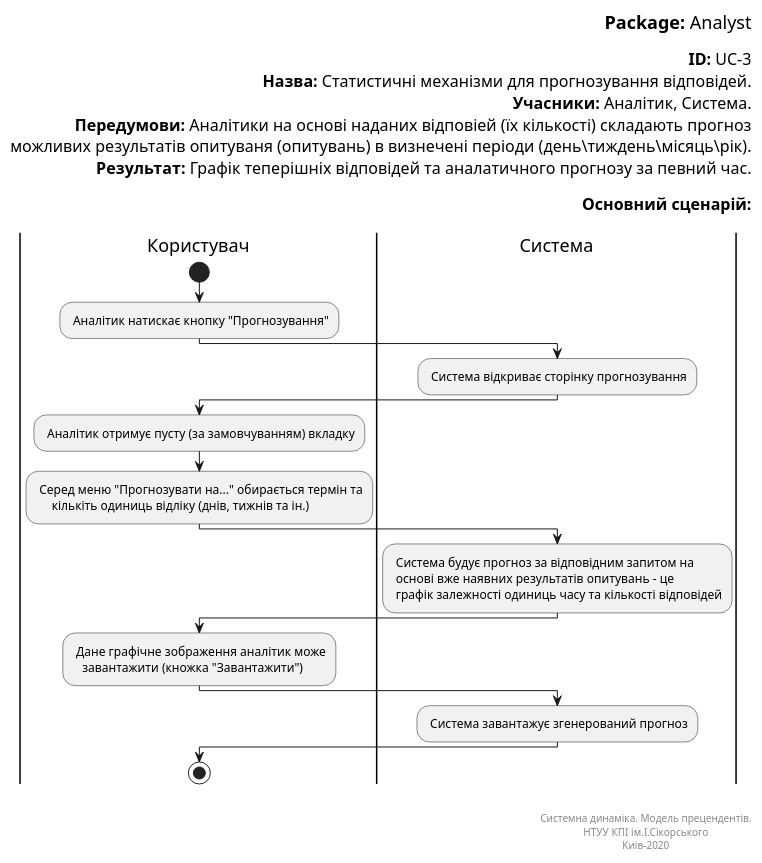
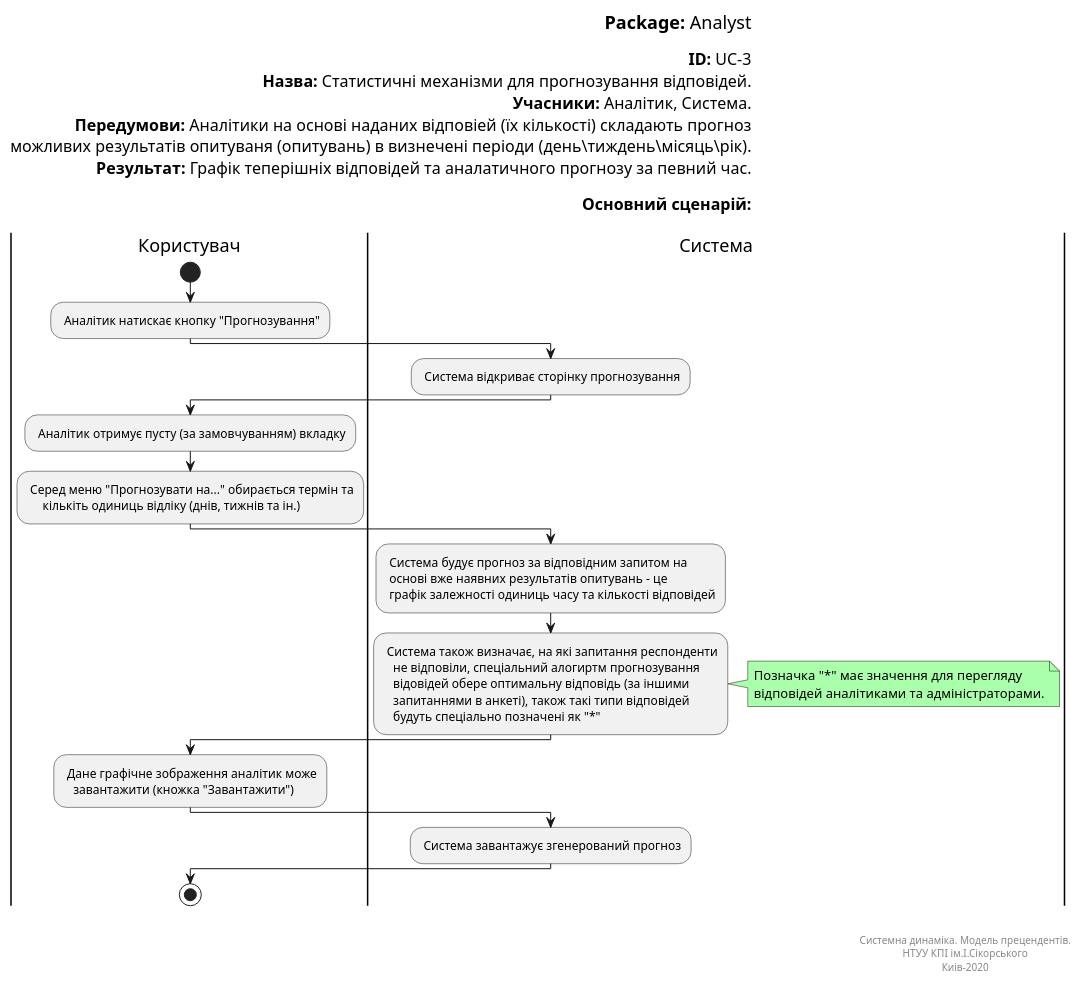
One commit to ip-85/System-Dynamics changed the diagram in Doc/UMLDiagrams/scenarios/analyst/Diagrams/UML/UC3.pu. Above: the diagram before and after it, drawn with PlantUML. The commit also changed 10 other files, not shown here.

```diff
--- a/Doc/UMLDiagrams/scenarios/analyst/Diagrams/UML/UC3.pu
+++ b/Doc/UMLDiagrams/scenarios/analyst/Diagrams/UML/UC3.pu
@@ -1,52 +1,65 @@
  @startuml Prognoses Mechanisms
 left header
 <font color=000 size=18><b>Package:</b> Analyst
 
 <font color=000 size=16><b>ID:</b> UC-3
 <font color=000 size=16><b>Назва:</b> Статистичні механізми для прогнозування відповідей.
 <font color=000 size=16><b>Учасники:</b> Аналітик, Система.
 <font color=000 size=16><b>Передумови:</b> Аналітики на основі наданих відповіей (їх кількості) складають прогноз 
 <font color=000 size=16> можливих результатів опитуваня (опитувань) в визнечені періоди (день\тиждень\місяць\рік).
 <font color=000 size=16><b>Результат:</b> Графік теперішніх відповідей та аналатичного прогнозу за певний час.
 
 <font color=000 size=16><b>Основний сценарій:</b>
 
 end header
 
 |Користувач|
 start
 : Аналітик натискає кнопку "Прогнозування";
 
 |Система|
 : Система відкриває сторінку прогнозування;
 
 |Користувач|
 : Аналітик отримує пусту (за замовчуванням) вкладку;
 
 : Серед меню "Прогнозувати на..." обирається термін та
       кількіть одиниць відліку (днів, тижнів та ін.);
 
 |Система|
 : Система будує прогноз за відповідним запитом на
   основі вже наявних результатів опитувань - це
   графік залежності одиниць часу та кількості відповідей;
 
+|Система|
+: Система також визначає, на які запитання респонденти
+    не відповіли, спеціальний алогиртм прогнозування
+    відовідей обере оптимальну відповідь (за іншими 
+    запитаннями в анкеті), також такі типи відповідей
+    будуть спеціально позначені як "*";
+
+note right #aaffaa
+  Позначка "*" має значення для перегляду 
+  відповідей аналітиками та адміністраторами.
+end note
+
+
 |Користувач|
 : Дане графічне зображення аналітик може
     завантажити (кножка "Завантажити");
 
 |Система|
 : Система завантажує згенерований прогноз;
 
 |Користувач|
 stop;
 
 right footer
 
 
 Системна динаміка. Модель прецендентів.
 НТУУ КПІ ім.І.Сікорського
 Киів-2020
 end footer
 
 @enduml
```
